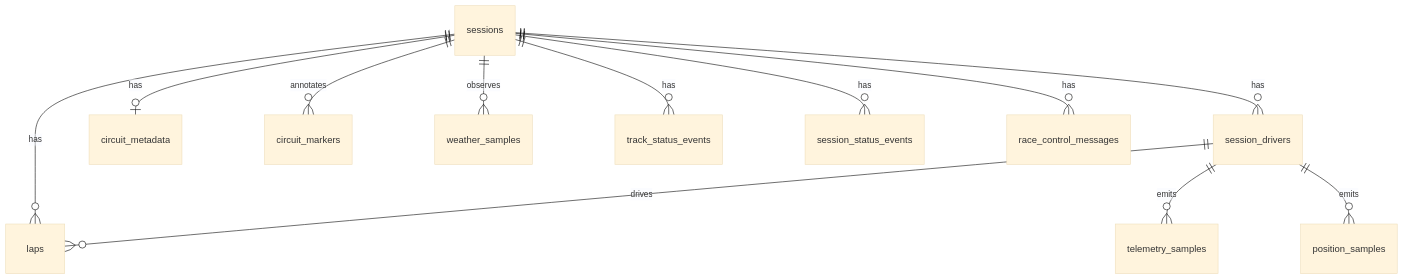
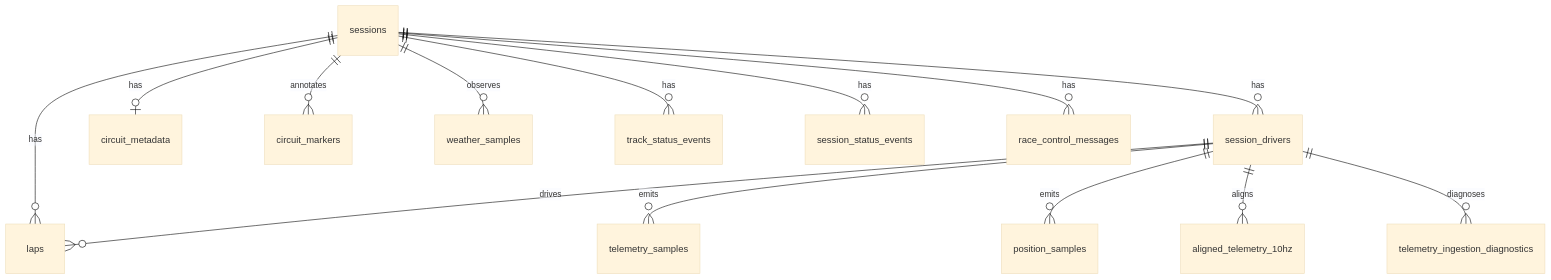
Before and after one commit to fblln/race-telemetry-workbench: the diagram in db/schema.md, drawn with Mermaid (base theme). The commit also changed other lines of this file and 115 other files, not shown here.

````diff
--- a/db/schema.md
+++ b/db/schema.md
@@ -45,14 +47,16 @@
 ```mermaid
 erDiagram
     sessions ||--o{ session_drivers : has
     sessions ||--o{ laps : has
     session_drivers ||--o{ laps : drives
     session_drivers ||--o{ telemetry_samples : emits
     session_drivers ||--o{ position_samples : emits
+    session_drivers ||--o{ aligned_telemetry_10hz : aligns
+    session_drivers ||--o{ telemetry_ingestion_diagnostics : diagnoses
     sessions ||--o| circuit_metadata : has
     sessions ||--o{ circuit_markers : annotates
     sessions ||--o{ weather_samples : observes
     sessions ||--o{ track_status_events : has
     sessions ||--o{ session_status_events : has
     sessions ||--o{ race_control_messages : has
 ```
````
